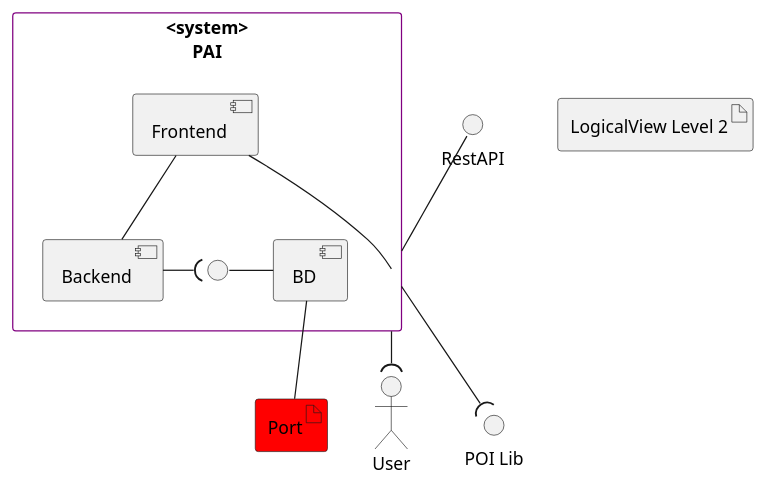
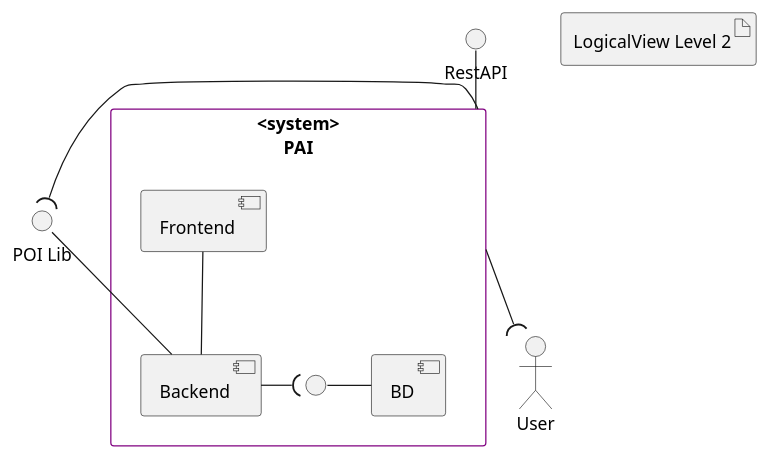
The diagram in docs/US11/LogicalView/Level2.puml (GasparISEP/DevOps-PAI), drawn with PlantUML before and after one commit. The commit also changed 1 other file, not shown here.

Commit message:
Ref #505: Change both logical view diagram after talking and discussing with teacher

```diff
--- a/docs/US11/LogicalView/Level2.puml
+++ b/docs/US11/LogicalView/Level2.puml
@@ -1,38 +1,38 @@
 @startuml
 
 skinparam rectangle {
   BorderColor Purple
   BackgroundColor White
 }
 
 ' Elementos externos
 actor User
 
 artifact "LogicalView Level 2"
-artifact Port #red
+
 interface "POI Lib" as POI
  interface "RestAPI" as RESTAPI
 
 ' Sistema (PAI)
 rectangle "<system>\nPAI" as SystemBox {
   component Frontend
   component Backend
   component BD
   interface " " as I1
 }
 
 ' Ligações externas — fora da caixa
 SystemBox  --( User
 POI )-up-SystemBox
 RESTAPI -- SystemBox
 
 
 
 ' Ligações internas — dentro da caixa
 Frontend -- Backend
-Frontend -- SystemBox
 Backend -( I1
-BD -- Port
+POI -- Backend
+
 I1 - BD
 
 @enduml
```
